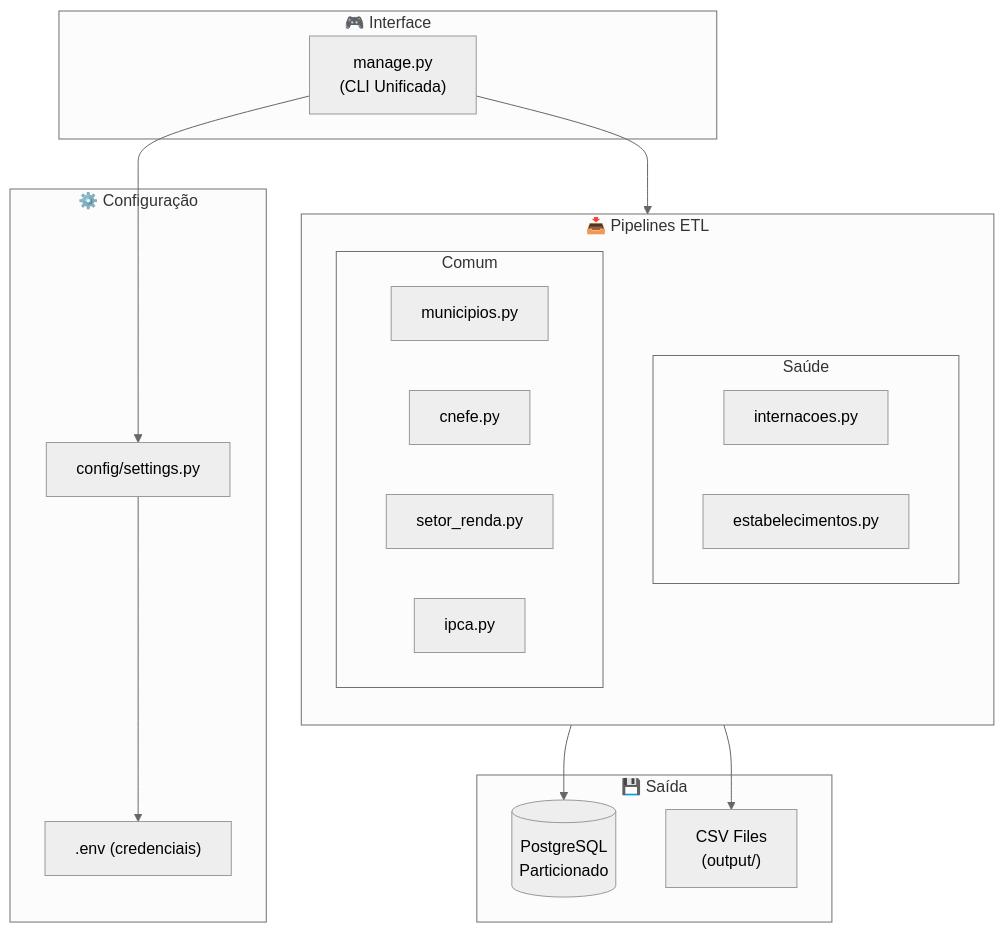
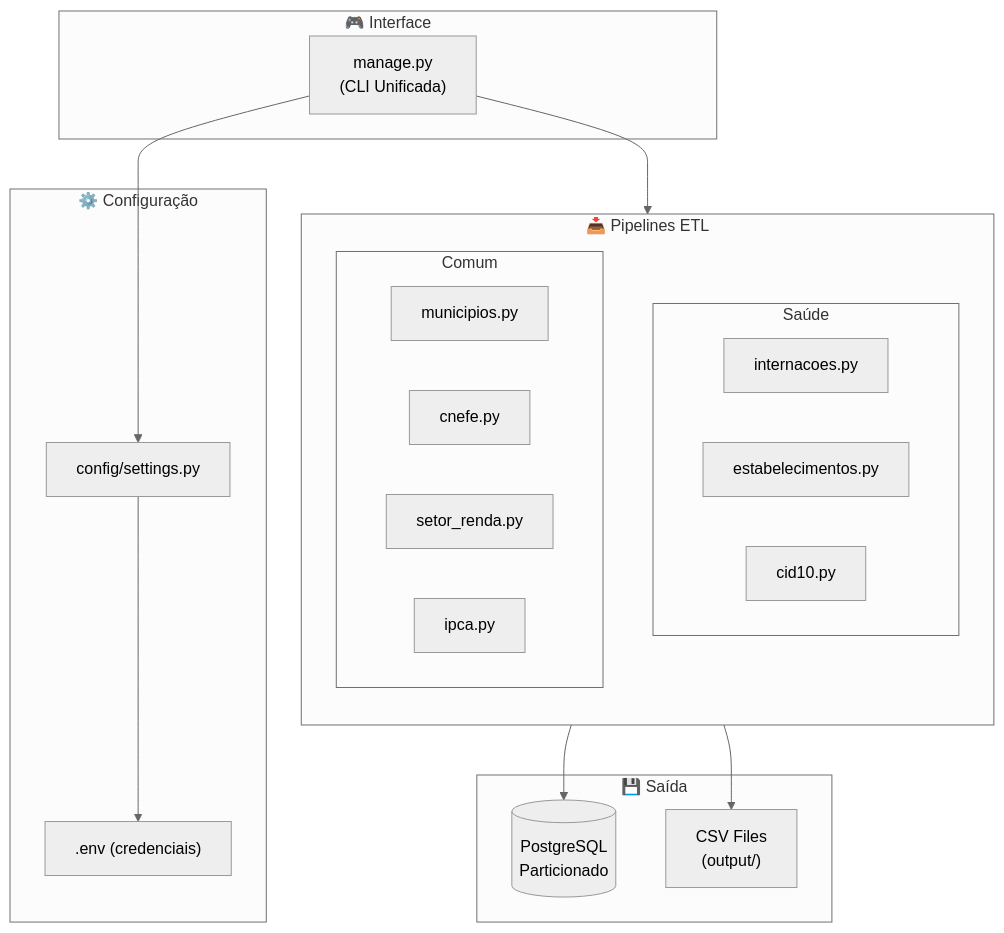
One commit to Iquitim/brasil-dados-publicos changed the first of 2 diagrams in README.md. Above: the diagram before and after it, drawn with Mermaid (neutral theme). The commit also changed other lines of this file, not shown here.

Commit message:
docs: add CID10 to architecture diagram and fix folder structure

````diff
--- a/README.md
+++ b/README.md
@@ -102,36 +102,37 @@
 ```mermaid
 flowchart TB
     subgraph CLI["🎮 Interface"]
         MANAGE["manage.py<br/>(CLI Unificada)"]
     end
 
     subgraph CONFIG["⚙️ Configuração"]
         SETTINGS["config/settings.py"]
         ENV[".env (credenciais)"]
     end
 
     subgraph ETL["📥 Pipelines ETL"]
         direction TB
         subgraph SAUDE["Saúde"]
             INT["internacoes.py"]
             EST["estabelecimentos.py"]
+            CID["cid10.py"]
         end
         subgraph COMUM["Comum"]
             MUN["municipios.py"]
             CNEFE["cnefe.py"]
             RENDA["setor_renda.py"]
             IPCA["ipca.py"]
         end
     end
 
     subgraph OUTPUT["💾 Saída"]
         PG[("PostgreSQL<br/>Particionado")]
         CSV["CSV Files<br/>(output/)"]
     end
 
     MANAGE --> SETTINGS
     SETTINGS --> ENV
     MANAGE --> ETL
     ETL --> PG
     ETL --> CSV
 ```
````
